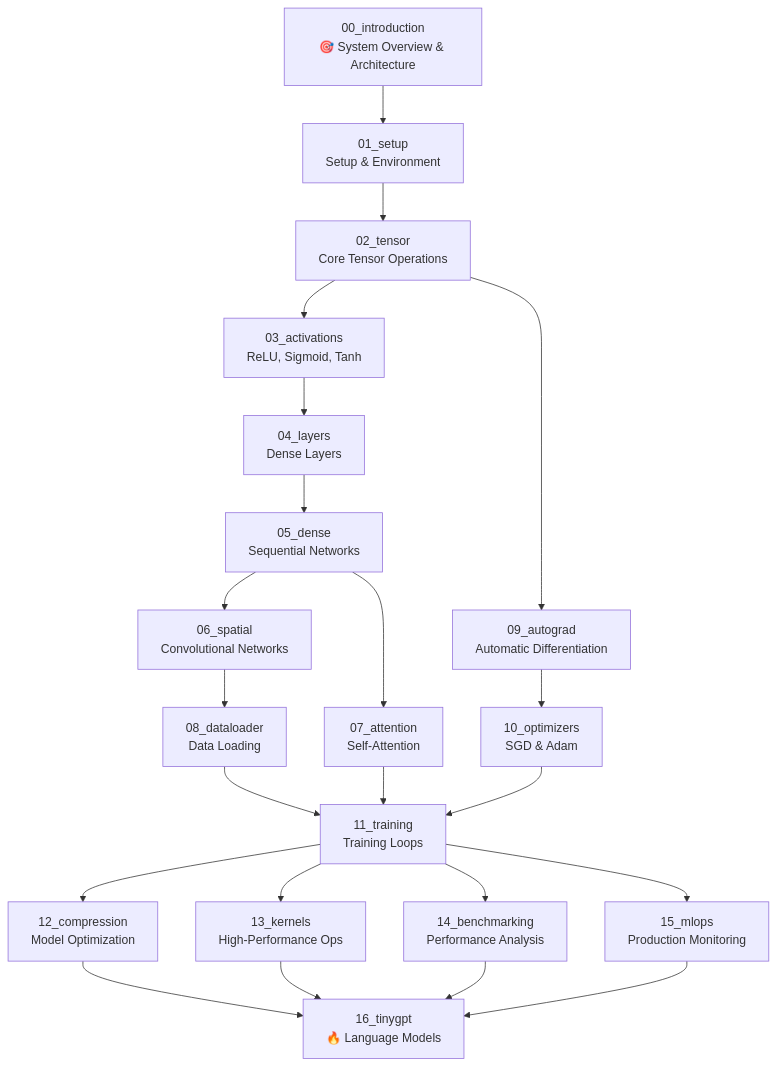
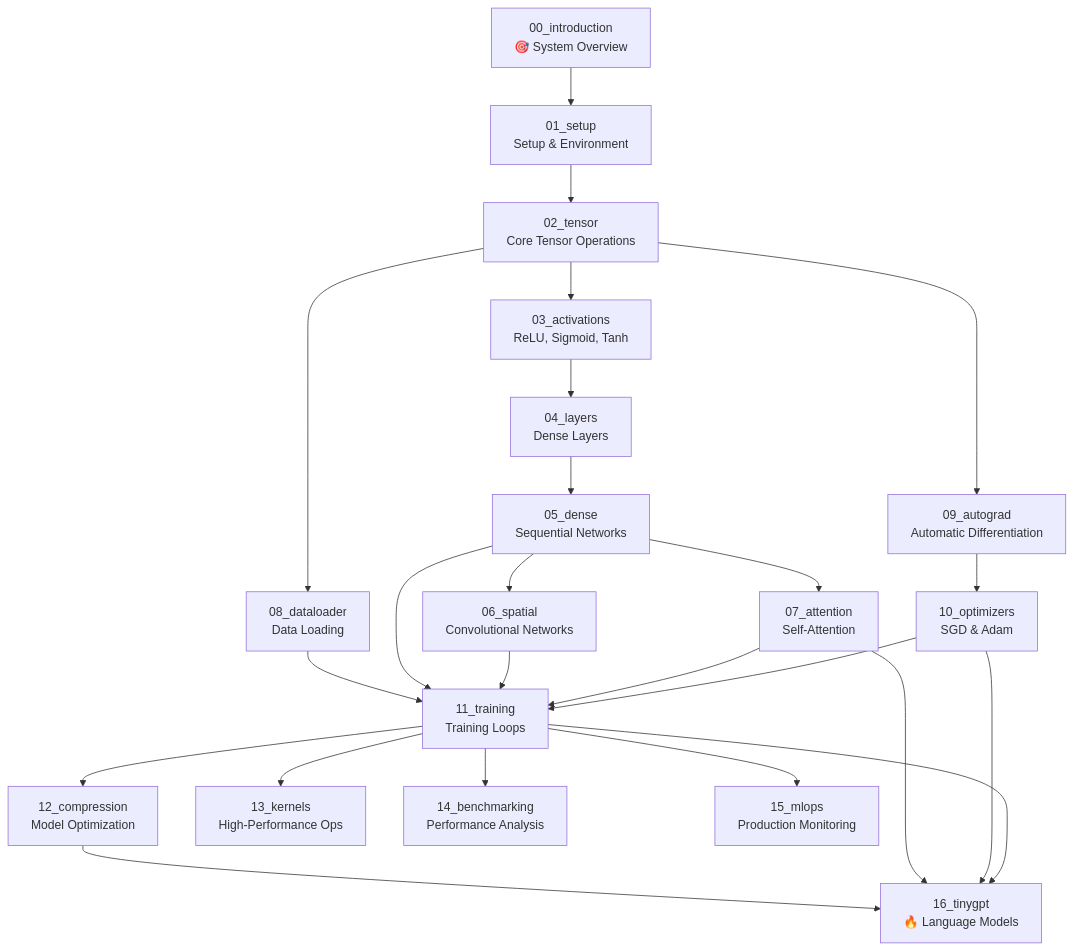
One commit to MLSysBook/TinyTorch changed the diagram in README.md. Above: the diagram before and after it, drawn with Mermaid. The commit also changed 58 other files, not shown here.

First line of the commit message:
Fix module dependency diagram and add mermaid support

````diff
--- a/README.md
+++ b/README.md
@@ -418,28 +418,33 @@
 ```mermaid
 flowchart TD
-    Z[00_introduction<br/>🎯 System Overview & Architecture] --> A[01_setup<br/>Setup & Environment] 
+    Z[00_introduction<br/>🎯 System Overview] --> A[01_setup<br/>Setup & Environment] 
     A --> B[02_tensor<br/>Core Tensor Operations]
     B --> C[03_activations<br/>ReLU, Sigmoid, Tanh]
+    B --> I[09_autograd<br/>Automatic Differentiation]
+    
     C --> D[04_layers<br/>Dense Layers]
     D --> E[05_dense<br/>Sequential Networks]
     
     E --> F[06_spatial<br/>Convolutional Networks]
     E --> G[07_attention<br/>Self-Attention]
-    F --> H[08_dataloader<br/>Data Loading]
-    B --> I[09_autograd<br/>Automatic Differentiation]
+    
+    B --> H[08_dataloader<br/>Data Loading]
+    
     I --> J[10_optimizers<br/>SGD & Adam]
     
     H --> K[11_training<br/>Training Loops]
+    E --> K
+    F --> K
     G --> K
     J --> K
     
     K --> L[12_compression<br/>Model Optimization]
     K --> M[13_kernels<br/>High-Performance Ops]
     K --> N[14_benchmarking<br/>Performance Analysis]
     K --> O[15_mlops<br/>Production Monitoring]
     
     L --> P[16_tinygpt<br/>🔥 Language Models]
-    M --> P
-    N --> P
-    O --> P
+    G --> P
+    J --> P
+    K --> P
 ```
````
